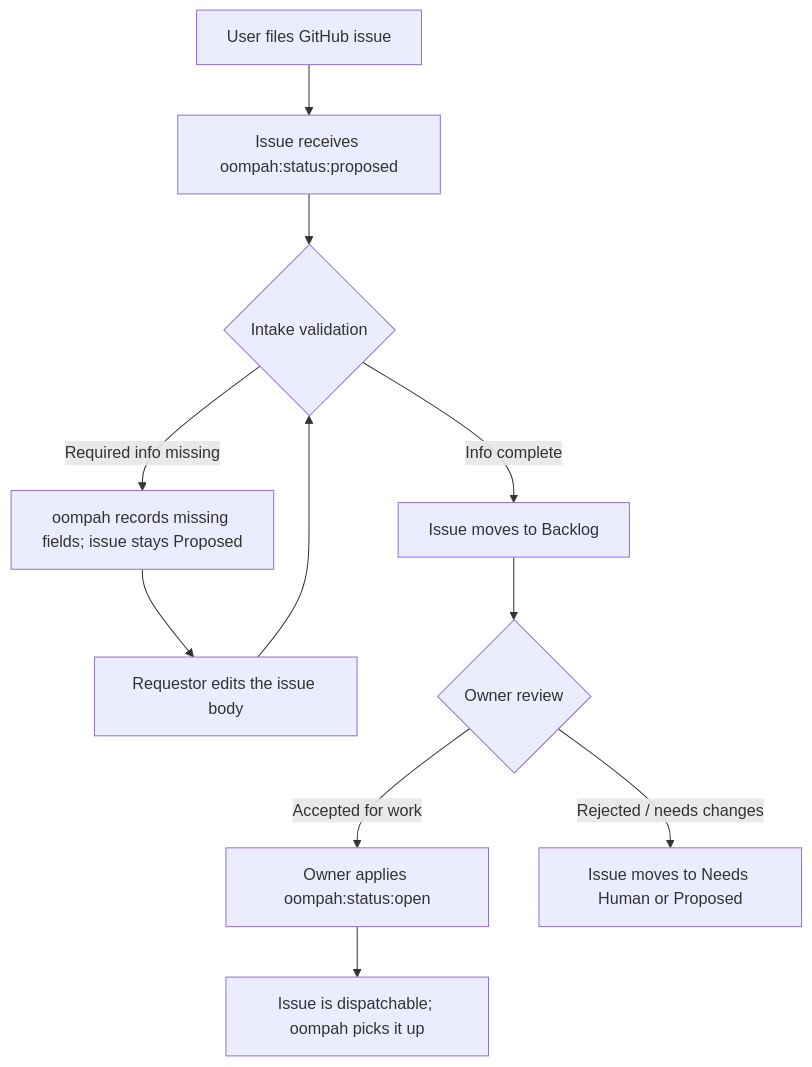
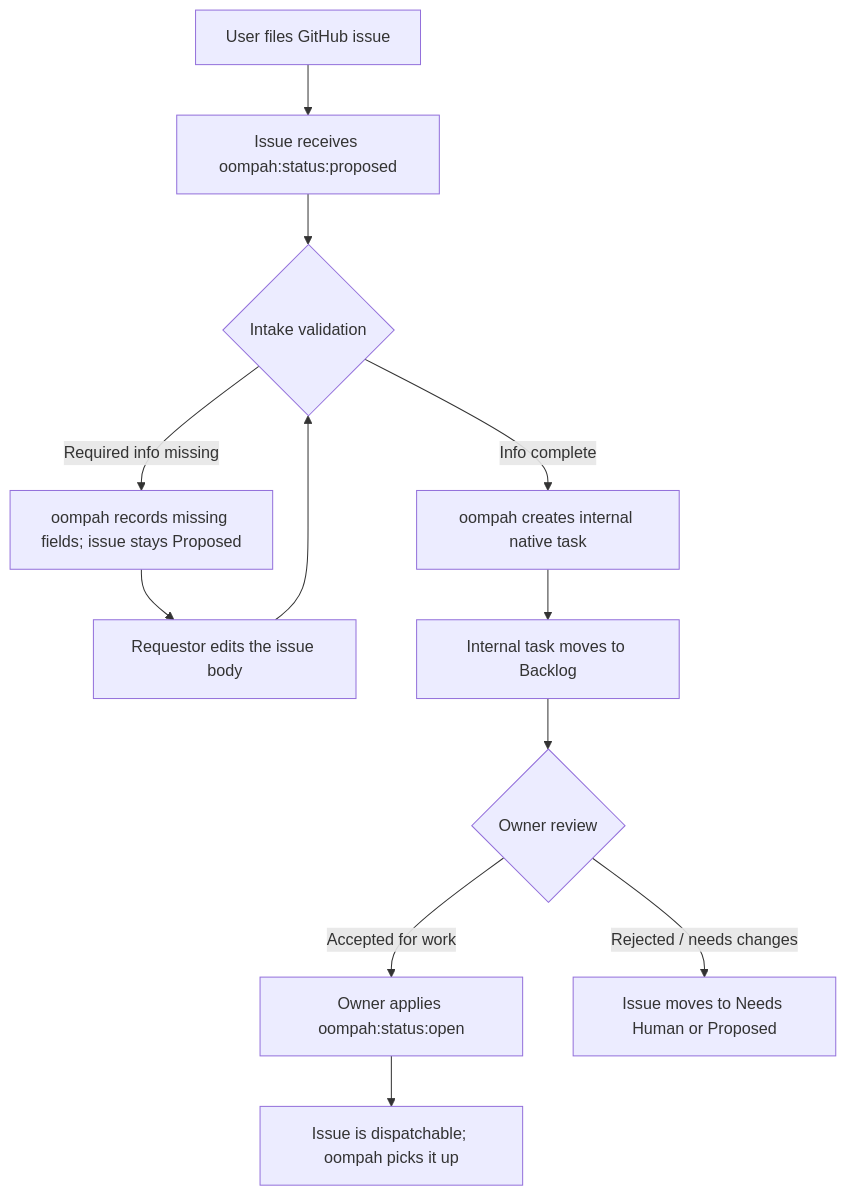
Before and after one commit to lesserevil/oompah: the diagram in docs/github-issue-intake.md, drawn with Mermaid. The commit also changed other lines of this file and 822 other files, not shown here.

````diff
--- a/docs/github-issue-intake.md
+++ b/docs/github-issue-intake.md
@@ -21,13 +16,14 @@
 ```mermaid
 flowchart TD
     A[User files GitHub issue] --> B[Issue receives oompah:status:proposed]
     B --> C{Intake validation}
     C -- Required info missing --> D[oompah records missing fields; issue stays Proposed]
     D --> E[Requestor edits the issue body]
     E --> C
-    C -- Info complete --> G[Issue moves to Backlog]
+    C -- Info complete --> F[oompah creates internal native task]
+    F --> G[Internal task moves to Backlog]
     G --> H{Owner review}
     H -- Accepted for work --> I[Owner applies oompah:status:open]
     I --> J[Issue is dispatchable; oompah picks it up]
     H -- Rejected / needs changes --> K[Issue moves to Needs Human or Proposed]
 ```
````
